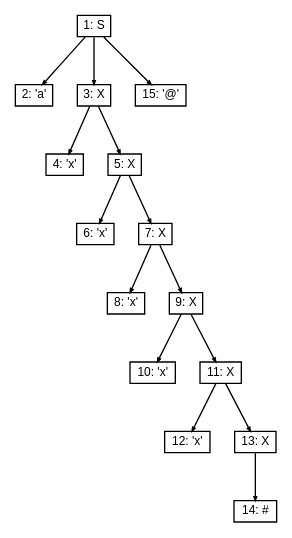
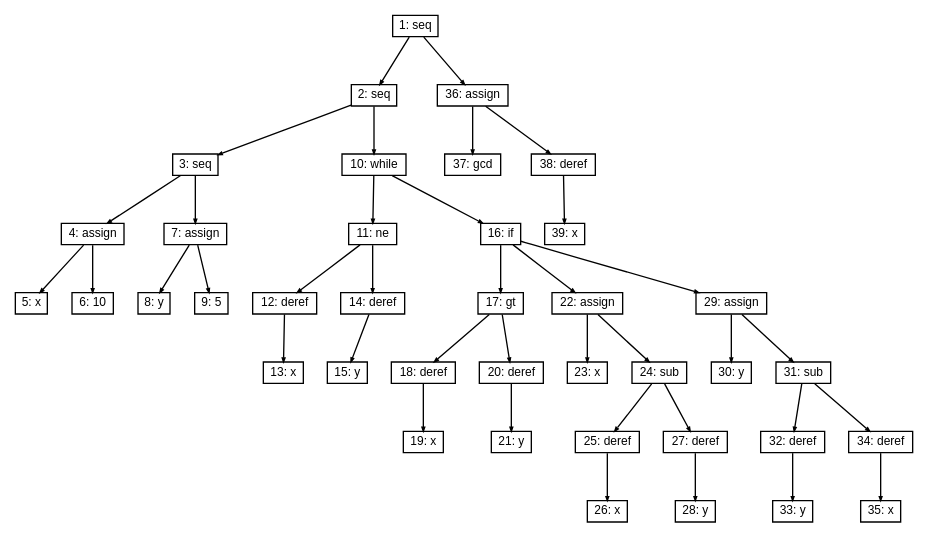
The diagram in playground/rdt.dot (LemuelKL/HolloRay), drawn with Graphviz before and after one commit. The commit also changed 43 other files, not shown here.

```diff
--- a/playground/rdt.dot
+++ b/playground/rdt.dot
@@ -1,35 +1,83 @@
 digraph "RDT" {
 node[fontname=Helvetica fontsize=9 shape=box height = 0 width = 0 margin= 0.04]
 graph[ordering=out]
 edge[arrowsize = 0.3]
 
-"1"  [label="1: S"]
+"1"  [label="1: seq"]
 "1"->"2"
-"2"  [label="2: 'a'"]
-"1"->"3"
-"3"  [label="3: X"]
+"2"  [label="2: seq"]
+"2"->"3"
+"3"  [label="3: seq"]
 "3"->"4"
-"4"  [label="4: 'x'"]
-"3"->"5"
-"5"  [label="5: X"]
-"5"->"6"
-"6"  [label="6: 'x'"]
-"5"->"7"
-"7"  [label="7: X"]
+"4"  [label="4: assign"]
+"4"->"5"
+"5"  [label="5: x"]
+"4"->"6"
+"6"  [label="6: 10"]
+"3"->"7"
+"7"  [label="7: assign"]
 "7"->"8"
-"8"  [label="8: 'x'"]
+"8"  [label="8: y"]
 "7"->"9"
-"9"  [label="9: X"]
-"9"->"10"
-"10"  [label="10: 'x'"]
-"9"->"11"
-"11"  [label="11: X"]
+"9"  [label="9: 5"]
+"2"->"10"
+"10"  [label="10: while"]
+"10"->"11"
+"11"  [label="11: ne"]
 "11"->"12"
-"12"  [label="12: 'x'"]
-"11"->"13"
-"13"  [label="13: X"]
-"13"->"14"
-"14"  [label="14: #"]
-"1"->"15"
-"15"  [label="15: '@'"]
+"12"  [label="12: deref"]
+"12"->"13"
+"13"  [label="13: x"]
+"11"->"14"
+"14"  [label="14: deref"]
+"14"->"15"
+"15"  [label="15: y"]
+"10"->"16"
+"16"  [label="16: if"]
+"16"->"17"
+"17"  [label="17: gt"]
+"17"->"18"
+"18"  [label="18: deref"]
+"18"->"19"
+"19"  [label="19: x"]
+"17"->"20"
+"20"  [label="20: deref"]
+"20"->"21"
+"21"  [label="21: y"]
+"16"->"22"
+"22"  [label="22: assign"]
+"22"->"23"
+"23"  [label="23: x"]
+"22"->"24"
+"24"  [label="24: sub"]
+"24"->"25"
+"25"  [label="25: deref"]
+"25"->"26"
+"26"  [label="26: x"]
+"24"->"27"
+"27"  [label="27: deref"]
+"27"->"28"
+"28"  [label="28: y"]
+"16"->"29"
+"29"  [label="29: assign"]
+"29"->"30"
+"30"  [label="30: y"]
+"29"->"31"
+"31"  [label="31: sub"]
+"31"->"32"
+"32"  [label="32: deref"]
+"32"->"33"
+"33"  [label="33: y"]
+"31"->"34"
+"34"  [label="34: deref"]
+"34"->"35"
+"35"  [label="35: x"]
+"1"->"36"
+"36"  [label="36: assign"]
+"36"->"37"
+"37"  [label="37: gcd"]
+"36"->"38"
+"38"  [label="38: deref"]
+"38"->"39"
+"39"  [label="39: x"]
 }
```
